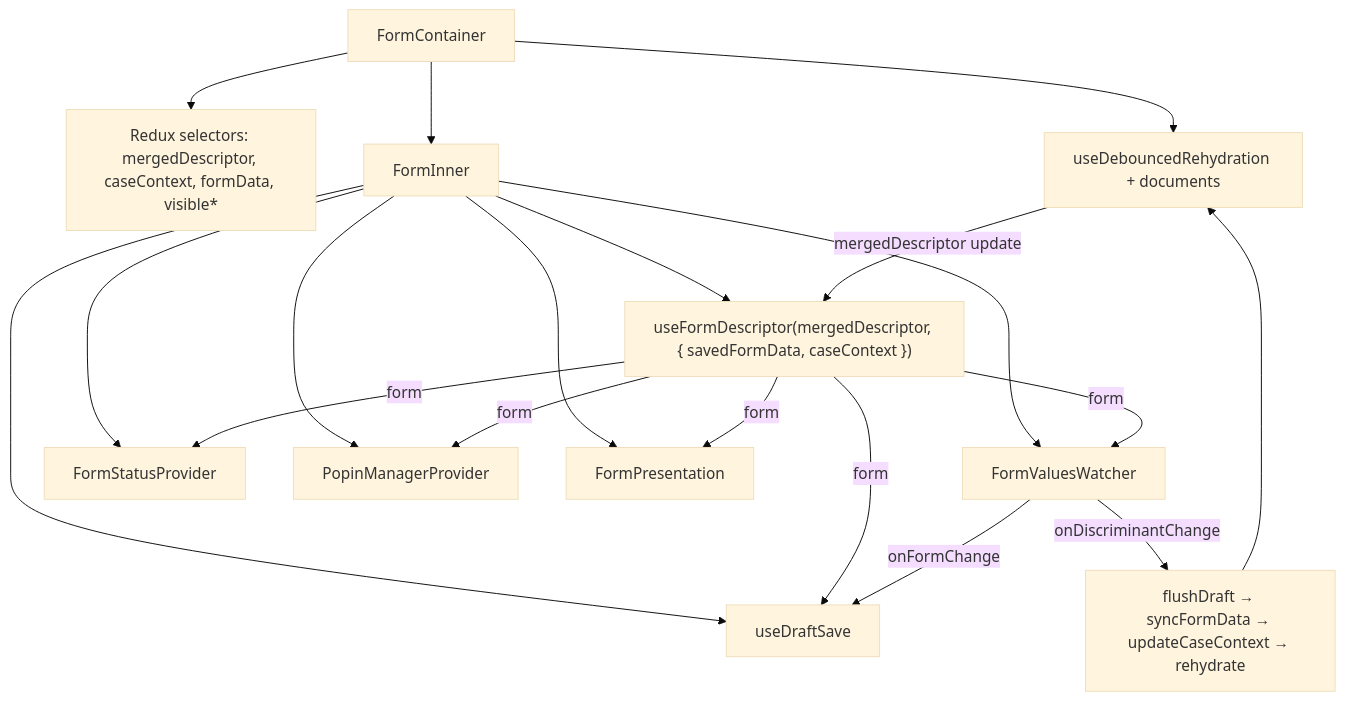
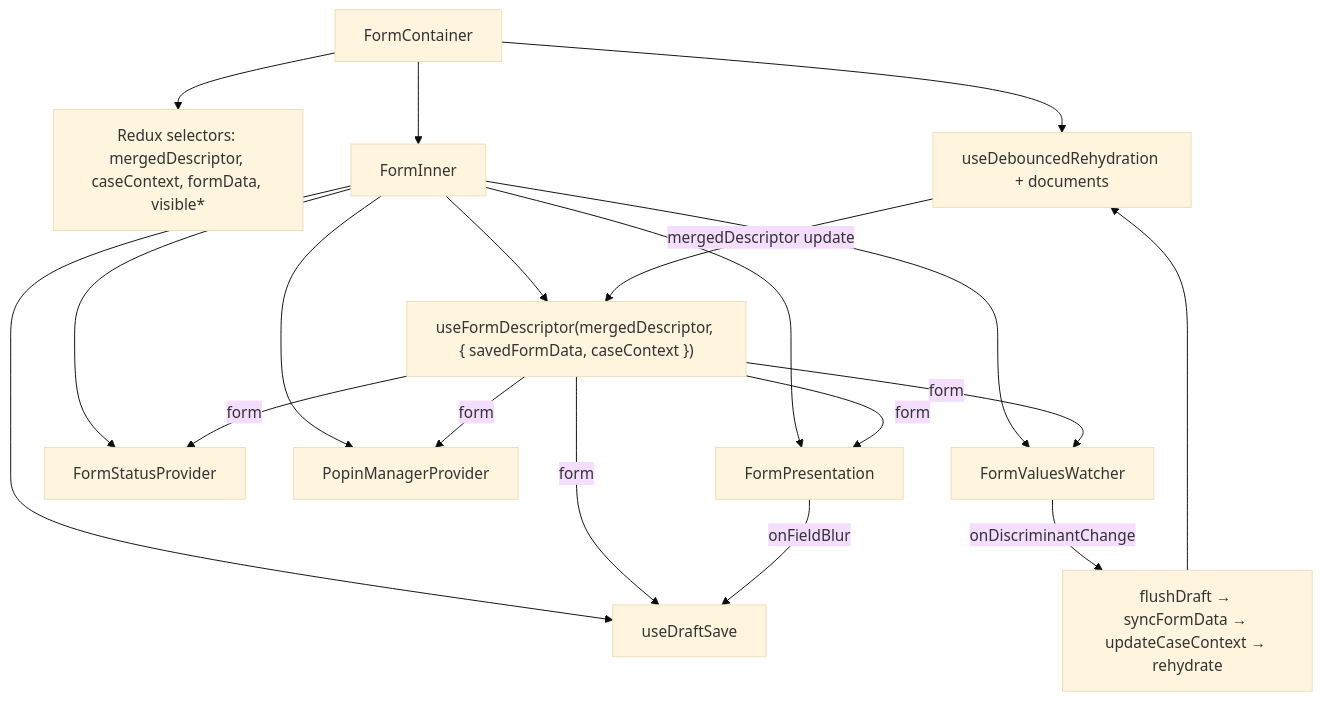
One commit to heditr/form-gen changed the fifth of 6 diagrams in docs/use-form-descriptor.md. Above: the diagram before and after it, drawn with Mermaid (base theme). The commit also changed other lines of this file and 16 other files, not shown here.

First line of the commit message:
feat(form): validate and draft on blur

````diff
--- a/docs/use-form-descriptor.md
+++ b/docs/use-form-descriptor.md
@@ -304,25 +305,25 @@
 ```mermaid
 flowchart TB
   FC[FormContainer]
   FC --> SEL[Redux selectors: mergedDescriptor, caseContext, formData, visible*]
   FC --> DR[useDebouncedRehydration + documents]
   FC --> FI[FormInner]
 
   FI --> UFD["useFormDescriptor(mergedDescriptor, { savedFormData, caseContext })"]
   FI --> DRAFT[useDraftSave]
   FI --> FVW[FormValuesWatcher]
   FI --> FSP[FormStatusProvider]
   FI --> PMP[PopinManagerProvider]
   FI --> PRES[FormPresentation]
 
   UFD -->|form| DRAFT
   UFD -->|form| FVW
   UFD -->|form| FSP
   UFD -->|form| PMP
   UFD -->|form| PRES
 
-  FVW -->|onFormChange| DRAFT
+  PRES -->|onFieldBlur| DRAFT
   FVW -->|onDiscriminantChange| HANDLER[flushDraft → syncFormData → updateCaseContext → rehydrate]
   HANDLER --> DR
   DR -->|mergedDescriptor update| UFD
 ```
````
